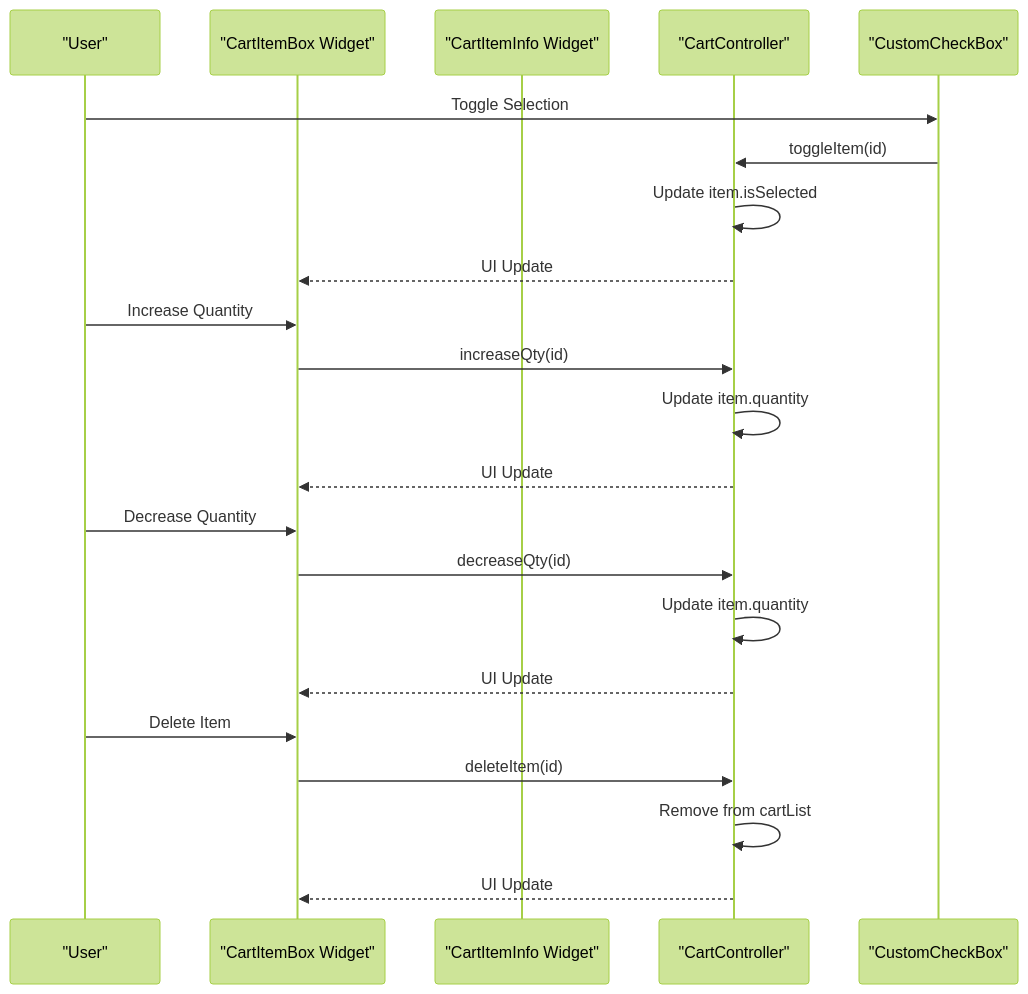
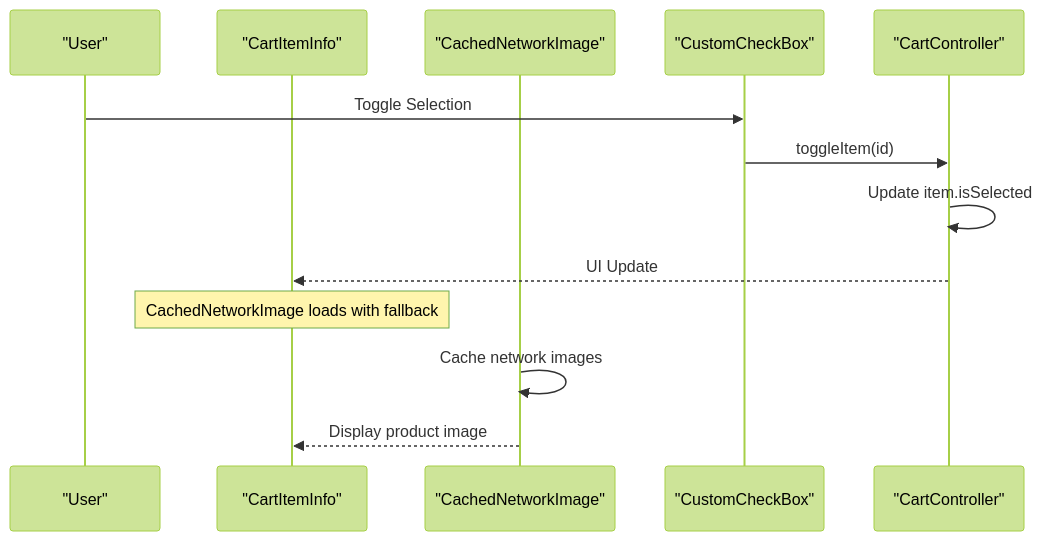
One commit to Ariful3111/FurniGo changed the fifth of 11 diagrams in .qoder/repowiki/en/content/Core Features/E-commerce Platform/Shopping Cart System.md. Above: the diagram before and after it, drawn with Mermaid (forest theme). The commit also changed other lines of this file and 8 other files, not shown here.

Commit message:
Cart Item Toggle Completed

````diff
--- a/.qoder/repowiki/en/content/Core Features/E-commerce Platform/Shopping Cart System.md
+++ b/.qoder/repowiki/en/content/Core Features/E-commerce Platform/Shopping Cart System.md
@@ -385,24 +232,15 @@
 ```mermaid
 sequenceDiagram
 participant User as "User"
-participant ItemBox as "CartItemBox Widget"
-participant ItemInfo as "CartItemInfo Widget"
+participant ItemInfo as "CartItemInfo"
+participant Image as "CachedNetworkImage"
+participant Checkbox as "CustomCheckBox"
 participant Controller as "CartController"
-participant CheckBox as "CustomCheckBox"
-User->>CheckBox : Toggle Selection
-CheckBox->>Controller : toggleItem(id)
+User->>Checkbox : Toggle Selection
+Checkbox->>Controller : toggleItem(id)
 Controller->>Controller : Update item.isSelected
-Controller-->>ItemBox : UI Update
-User->>ItemBox : Increase Quantity
-ItemBox->>Controller : increaseQty(id)
-Controller->>Controller : Update item.quantity
-Controller-->>ItemBox : UI Update
-User->>ItemBox : Decrease Quantity
-ItemBox->>Controller : decreaseQty(id)
-Controller->>Controller : Update item.quantity
-Controller-->>ItemBox : UI Update
-User->>ItemBox : Delete Item
-ItemBox->>Controller : deleteItem(id)
-Controller->>Controller : Remove from cartList
-Controller-->>ItemBox : UI Update
+Controller-->>ItemInfo : UI Update
+Note over ItemInfo : CachedNetworkImage loads with fallback
+Image->>Image : Cache network images
+Image-->>ItemInfo : Display product image
 ```
````
